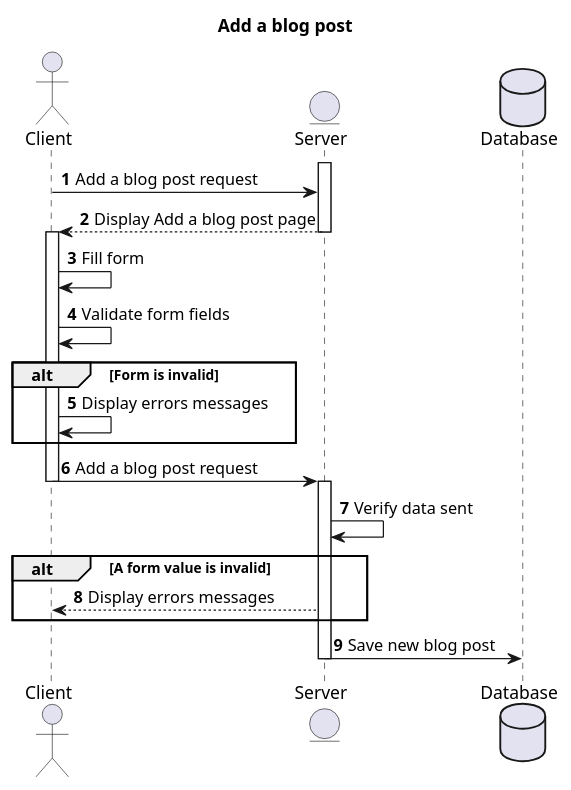
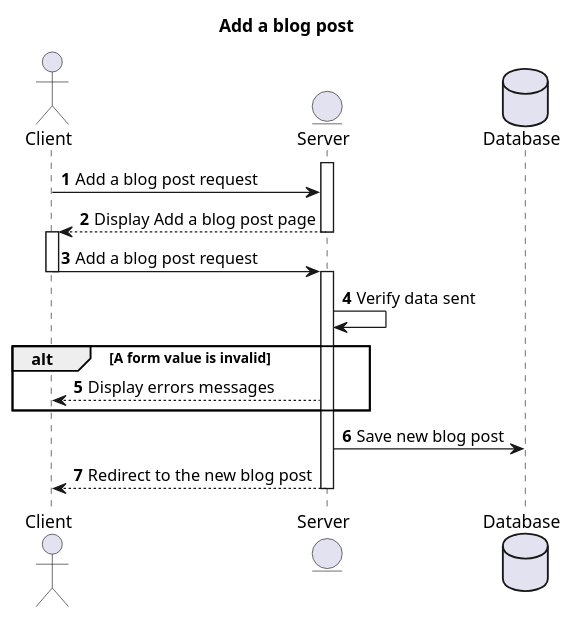
The diagram in docs/puml/sequence/blog/add_blog_post.puml (acecconato/AnthonyCecconato_5_18102021), drawn with PlantUML before and after one commit. The commit also changed 9 other files, not shown here.

```diff
--- a/docs/puml/sequence/blog/add_blog_post.puml
+++ b/docs/puml/sequence/blog/add_blog_post.puml
@@ -1,43 +1,38 @@
 @startuml
 
-title Add a blog post 
+title Add a blog post
 autonumber
 
-actor Client 
-entity Server 
-Database Database 
+actor Client
+entity Server
+Database Database
 
 activate Server
 
-Client -> Server : Add a blog post request 
+Client -> Server : Add a blog post request
 
 Server --> Client : Display Add a blog post page
 
 deactivate Server
 
 activate Client
 
-Client -> Client : Fill form
-Client -> Client : Validate form fields
-
-alt Form is invalid
-    Client -> Client : Display errors messages
-end 
-
 Client -> Server : Add a blog post request
 
 deactivate Client
 
 activate Server
 
-Server -> Server : Verify data sent 
+Server -> Server : Verify data sent
 
-alt A form value is invalid 
+alt A form value is invalid
     Server --> Client : Display errors messages
 end
 
-Server -> Database : Save new blog post 
+Server -> Database : Save new blog post
+
+Server --> Client : Redirect to the new blog post
 
 deactivate Server
 
 @enduml
```
